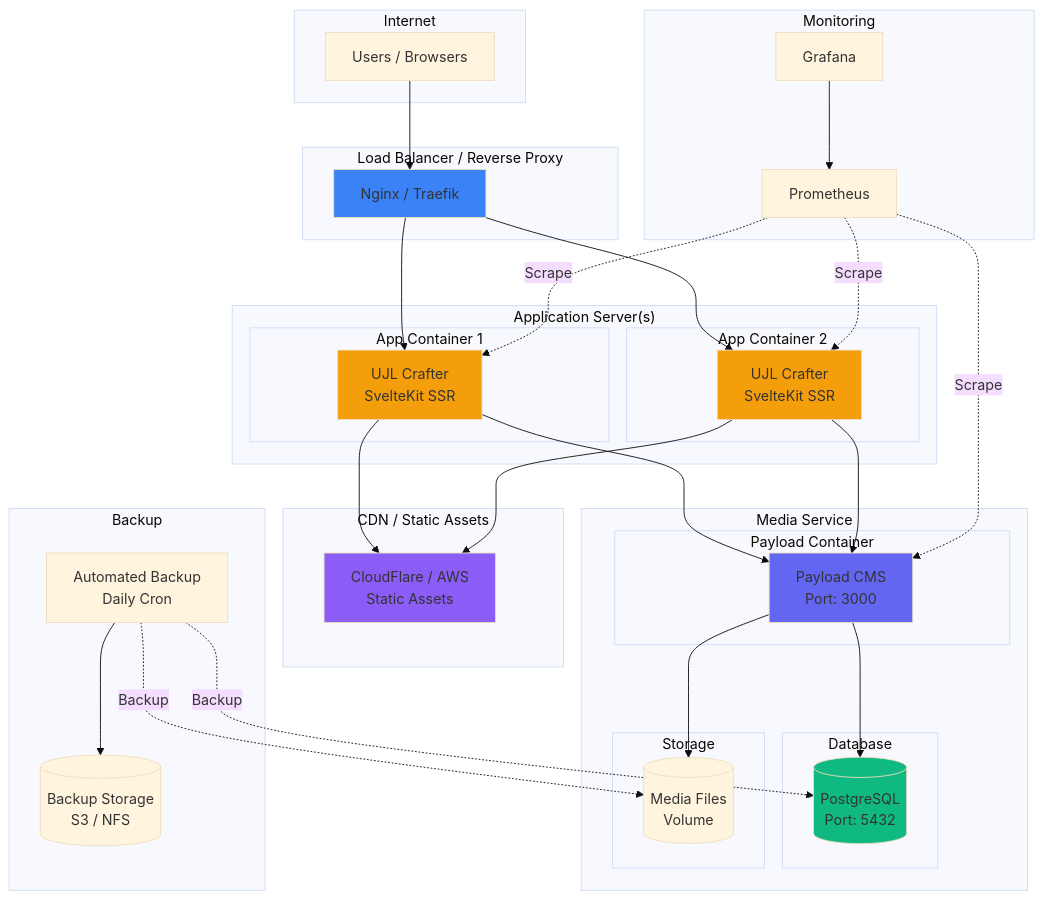
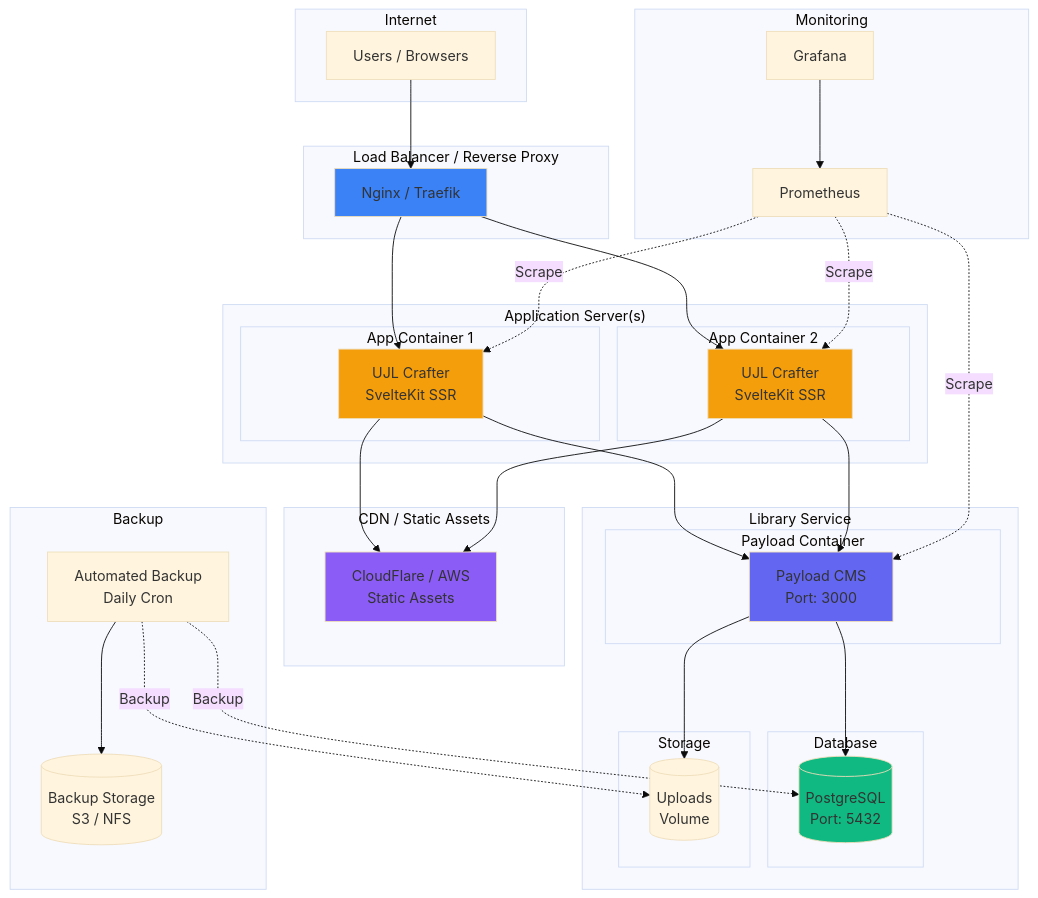
One commit to mainzcript/ujl changed diagram 12 of 12 in apps/docs/src/arc42/07-deployment-view.md. Above: the diagram before and after it, drawn with Mermaid (base theme). The commit also changed other lines of this file and 21 other files, not shown here.

Commit message:
refactor: update documentation to rename media terminology to image, clarify storage modes, and enhance consistency across architecture sections, including examples and API references

````diff
--- a/apps/docs/src/arc42/07-deployment-view.md
+++ b/apps/docs/src/arc42/07-deployment-view.md
@@ -1155,71 +1155,71 @@
 ```mermaid
 graph TB
     subgraph "Internet"
         Users[Users / Browsers]
     end
 
     subgraph "Load Balancer / Reverse Proxy"
         LB[Nginx / Traefik]
     end
 
     subgraph "Application Server(s)"
         subgraph "App Container 1"
             App1[UJL Crafter<br/>SvelteKit SSR]
         end
         subgraph "App Container 2"
             App2[UJL Crafter<br/>SvelteKit SSR]
         end
     end
 
-    subgraph "Media Service"
+    subgraph "Library Service"
         subgraph "Payload Container"
             Payload[Payload CMS<br/>Port: 3000]
         end
         subgraph "Database"
             PG[(PostgreSQL<br/>Port: 5432)]
         end
         subgraph "Storage"
-            Media[(Media Files<br/>Volume)]
+            Uploads[(Uploads<br/>Volume)]
         end
     end
 
     subgraph "CDN / Static Assets"
         CDN[CloudFlare / AWS<br/>Static Assets]
     end
 
     subgraph "Monitoring"
         Prometheus[Prometheus]
         Grafana[Grafana]
     end
 
     subgraph "Backup"
         BackupService[Automated Backup<br/>Daily Cron]
         BackupStorage[(Backup Storage<br/>S3 / NFS)]
     end
 
     Users --> LB
     LB --> App1
     LB --> App2
     App1 --> Payload
     App2 --> Payload
     App1 --> CDN
     App2 --> CDN
     Payload --> PG
-    Payload --> Media
+    Payload --> Uploads
 
     Prometheus -.->|Scrape| App1
     Prometheus -.->|Scrape| App2
     Prometheus -.->|Scrape| Payload
     Grafana --> Prometheus
 
     BackupService -.->|Backup| PG
-    BackupService -.->|Backup| Media
+    BackupService -.->|Backup| Uploads
     BackupService --> BackupStorage
 
     style LB fill:#3b82f6
     style App1 fill:#f59e0b
     style App2 fill:#f59e0b
     style Payload fill:#6366f1
     style PG fill:#10b981
     style CDN fill:#8b5cf6
 ```
````
